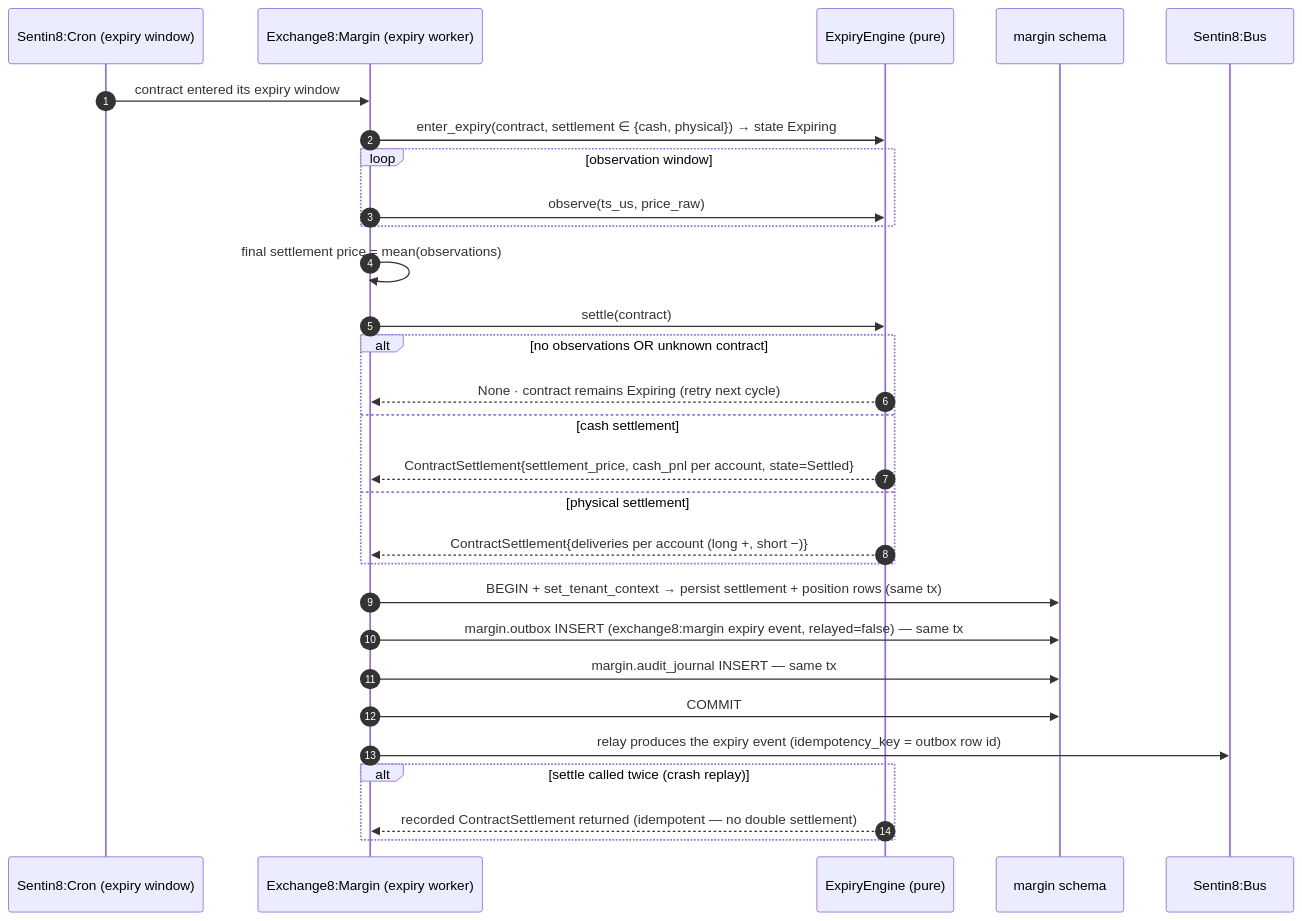
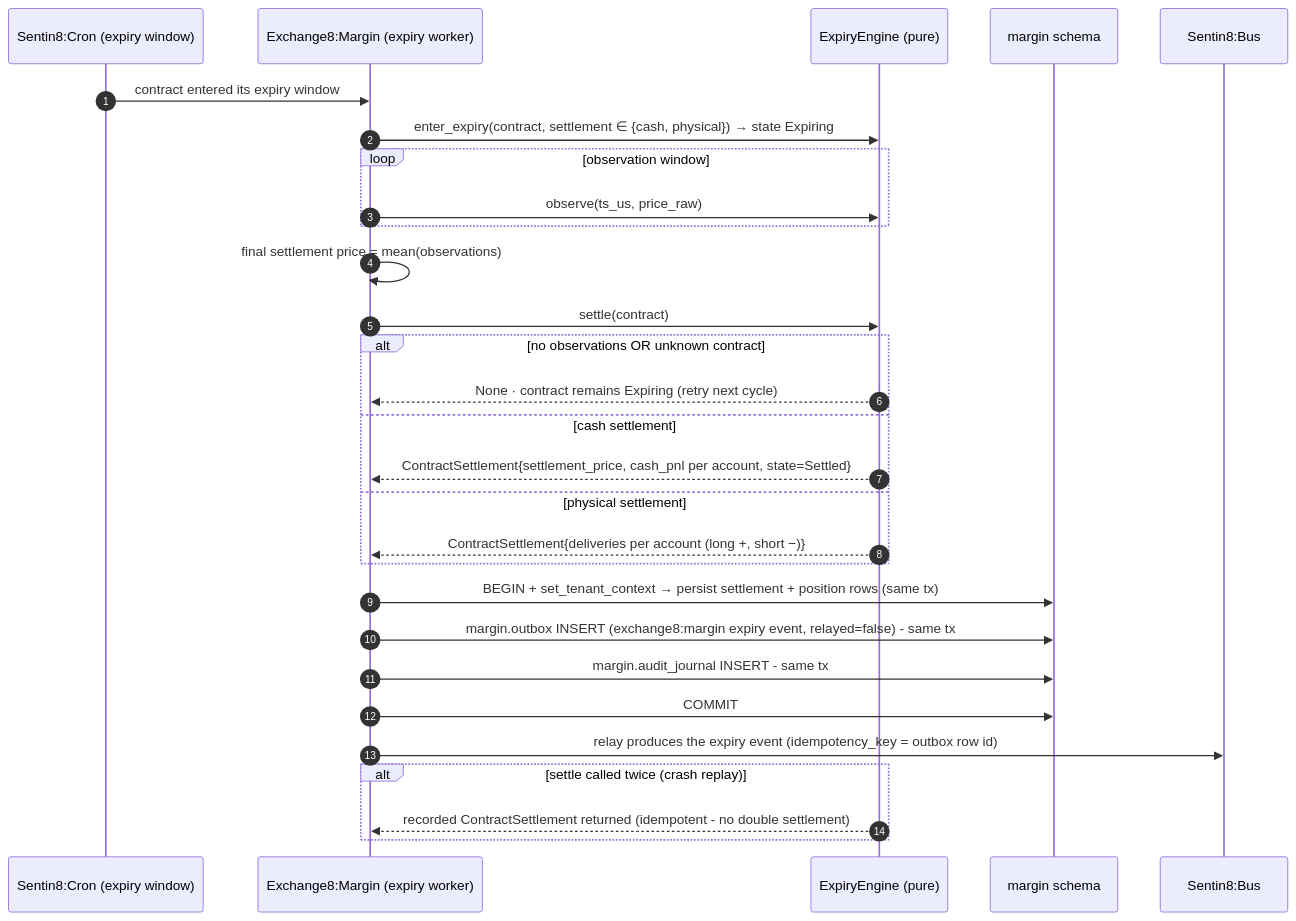
The seventh of 17 diagrams in DESIGN.md (Exchange8-dev/exchange8-margin), drawn with Mermaid before and after one commit. The commit also changed other lines of this file and 19 other files, not shown here.

````diff
--- a/DESIGN.md
+++ b/DESIGN.md
@@ -284,32 +284,32 @@
 ```mermaid
 sequenceDiagram
     autonumber
     participant CR as Sentin8:Cron (expiry window)
     participant MG as Exchange8:Margin (expiry worker)
     participant EXP as ExpiryEngine (pure)
     participant DB as margin schema
     participant BUS as Sentin8:Bus
 
     CR->>MG: contract entered its expiry window
     MG->>EXP: enter_expiry(contract, settlement ∈ {cash, physical}) → state Expiring
     loop observation window
         MG->>EXP: observe(ts_us, price_raw)
     end
     MG->>MG: final settlement price = mean(observations)
     MG->>EXP: settle(contract)
     alt no observations OR unknown contract
         EXP-->>MG: None · contract remains Expiring (retry next cycle)
     else cash settlement
         EXP-->>MG: ContractSettlement{settlement_price, cash_pnl per account, state=Settled}
     else physical settlement
         EXP-->>MG: ContractSettlement{deliveries per account (long +, short −)}
     end
     MG->>DB: BEGIN + set_tenant_context → persist settlement + position rows (same tx)
-    MG->>DB: margin.outbox INSERT (exchange8:margin expiry event, relayed=false) — same tx
-    MG->>DB: margin.audit_journal INSERT — same tx
+    MG->>DB: margin.outbox INSERT (exchange8:margin expiry event, relayed=false) - same tx
+    MG->>DB: margin.audit_journal INSERT - same tx
     MG->>DB: COMMIT
     MG->>BUS: relay produces the expiry event (idempotency_key = outbox row id)
     alt settle called twice (crash replay)
-        EXP-->>MG: recorded ContractSettlement returned (idempotent — no double settlement)
+        EXP-->>MG: recorded ContractSettlement returned (idempotent - no double settlement)
     end
 ```
````
